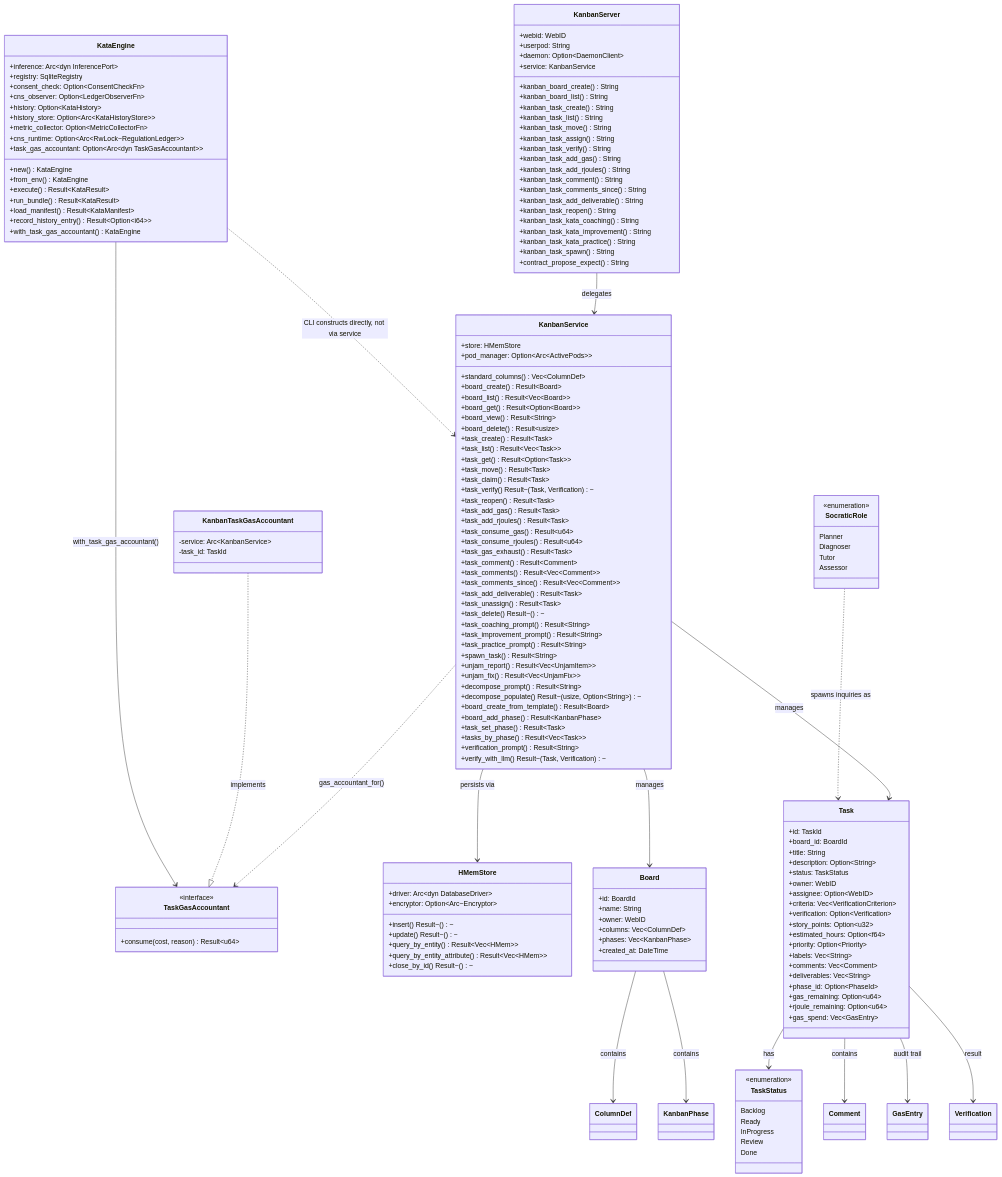
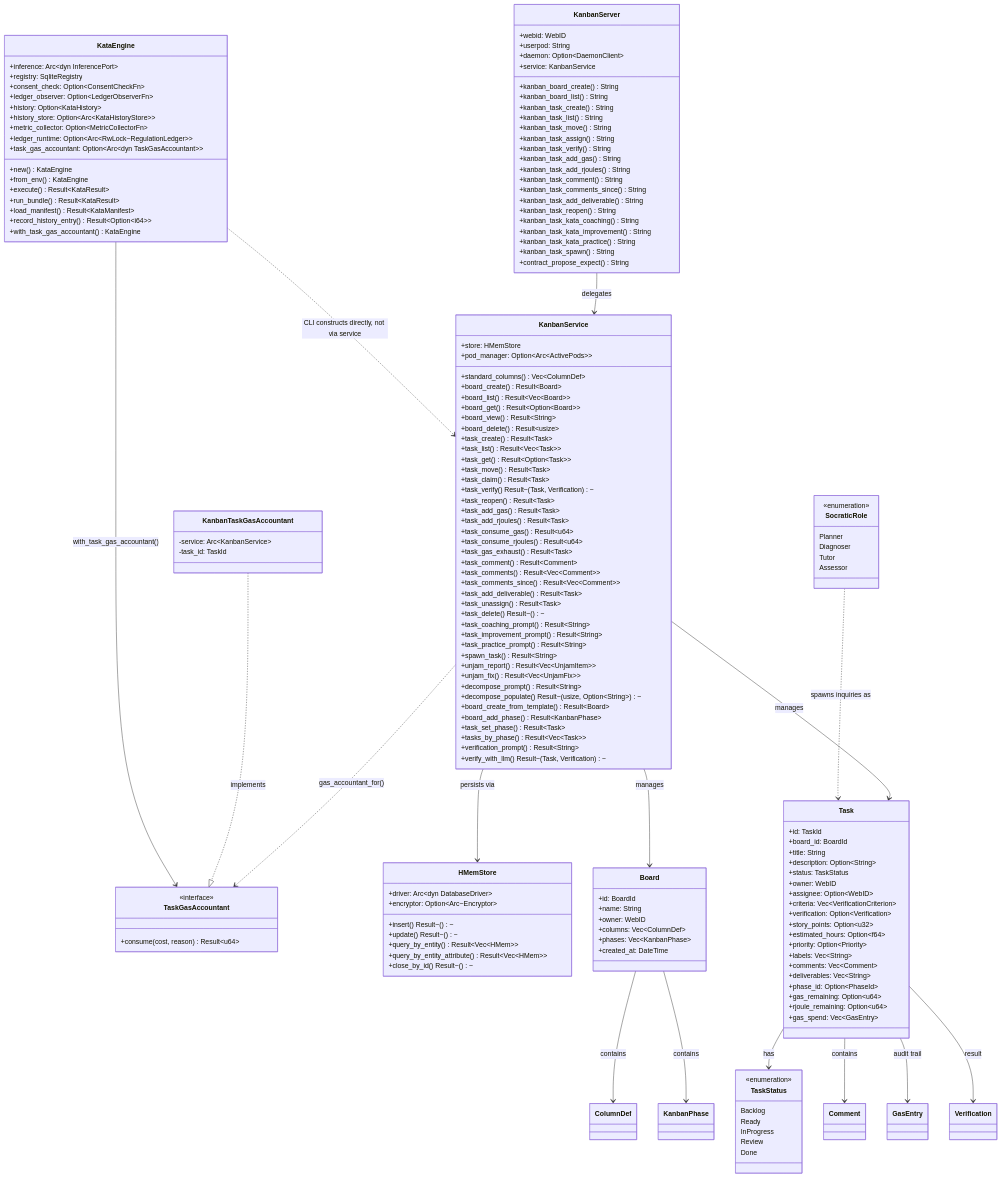
One commit to mdz-axo/hKask changed the diagram in docs/diagrams/class-kata-kanban-architecture.md. Above: the diagram before and after it, drawn with Mermaid. The commit also changed 68 other files, not shown here.

First line of the commit message:
Rename CNS to Regulation across docs

```diff
--- a/docs/diagrams/class-kata-kanban-architecture.md
+++ b/docs/diagrams/class-kata-kanban-architecture.md
@@ -89,11 +89,11 @@
         +inference: Arc~dyn InferencePort~
         +registry: SqliteRegistry
         +consent_check: Option~ConsentCheckFn~
-        +cns_observer: Option~LedgerObserverFn~
+        +ledger_observer: Option~LedgerObserverFn~
         +history: Option~KataHistory~
         +history_store: Option~Arc~KataHistoryStore~~
         +metric_collector: Option~MetricCollectorFn~
-        +cns_runtime: Option~Arc~RwLock~RegulationLedger~~
+        +ledger_runtime: Option~Arc~RwLock~RegulationLedger~~
         +task_gas_accountant: Option~Arc~dyn TaskGasAccountant~~
         +new() KataEngine
         +from_env() KataEngine
```
